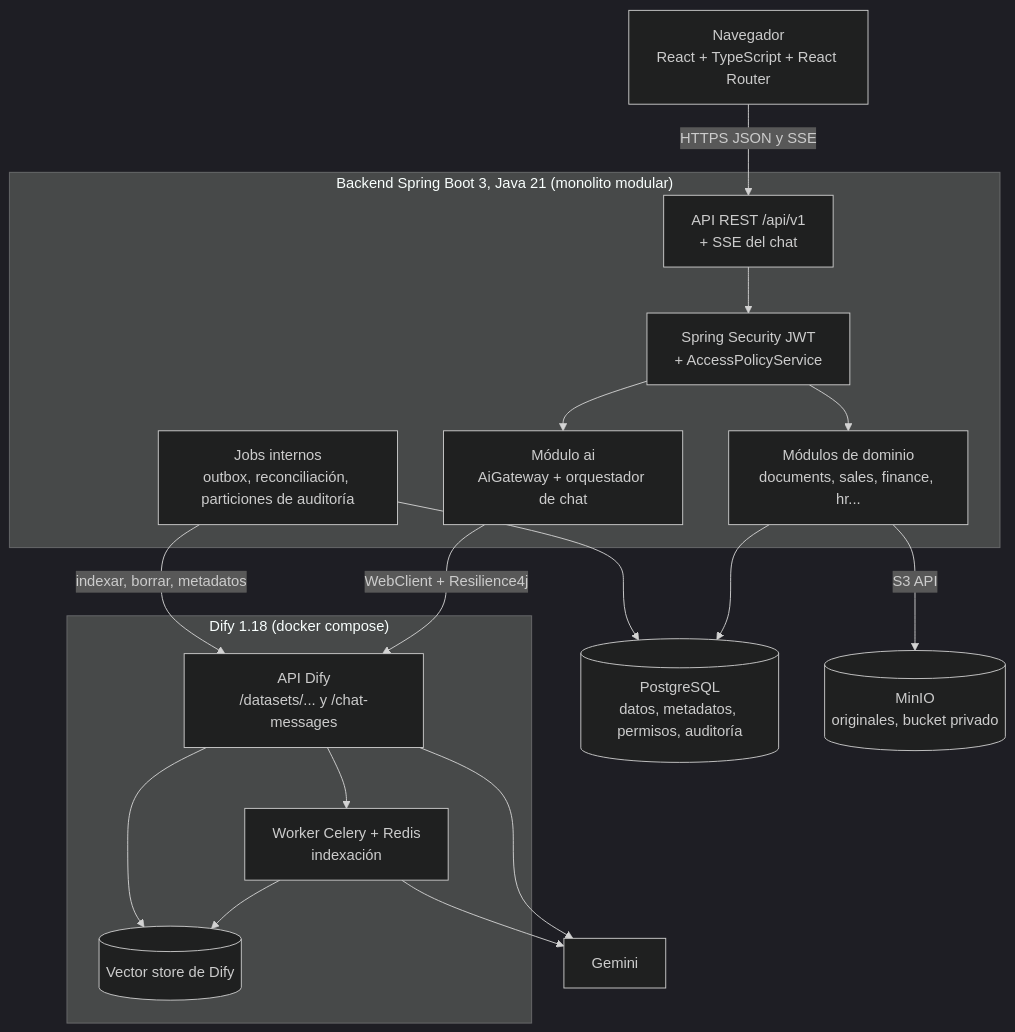
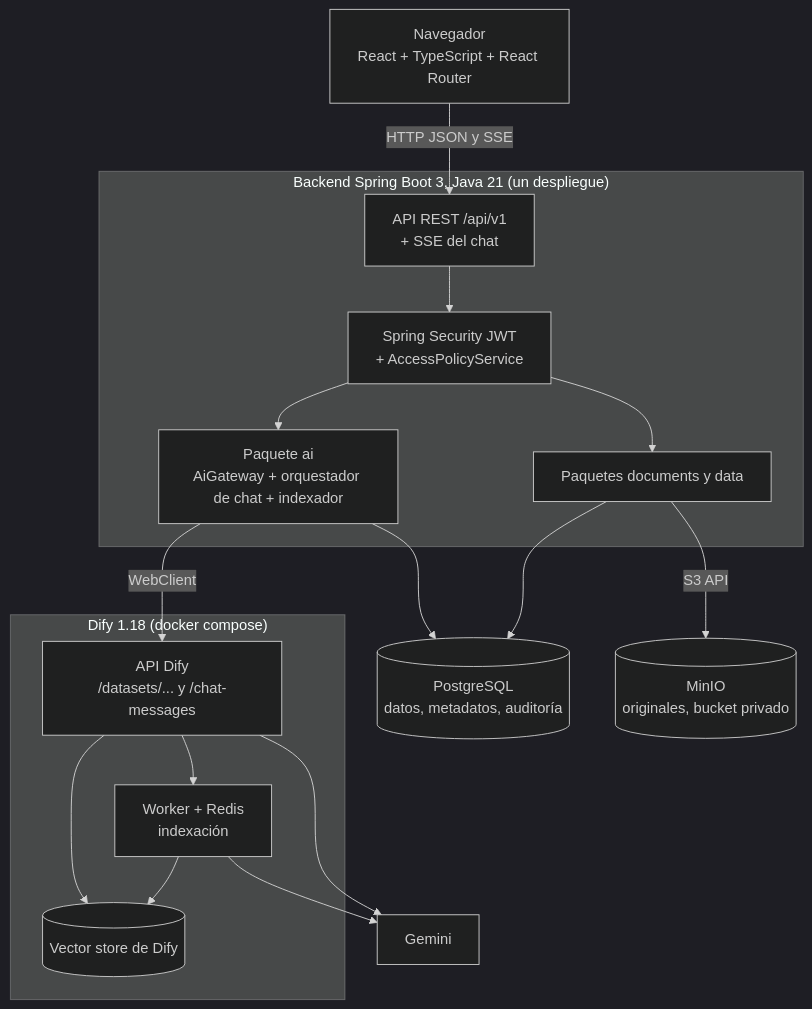
Before and after one commit to pedroamas/segur_plus: the diagram in docs/architecture/02-containers.md, drawn with Mermaid (dark theme). The commit also changed other lines of this file and 14 other files, not shown here.

````diff
--- a/docs/architecture/02-containers.md
+++ b/docs/architecture/02-containers.md
@@ -3,38 +3,36 @@
 ```mermaid
 flowchart TB
   U["Navegador<br/>React + TypeScript + React Router"]
 
-  subgraph Backend["Backend Spring Boot 3, Java 21 (monolito modular)"]
+  subgraph Backend["Backend Spring Boot 3, Java 21 (un despliegue)"]
     API["API REST /api/v1<br/>+ SSE del chat"]
     SEC["Spring Security JWT<br/>+ AccessPolicyService"]
-    MOD["Módulos de dominio<br/>documents, sales, finance, hr..."]
-    AIM["Módulo ai<br/>AiGateway + orquestador de chat"]
-    JOBS["Jobs internos<br/>outbox, reconciliación, particiones de auditoría"]
+    BIZ["Paquetes documents y data"]
+    AIM["Paquete ai<br/>AiGateway + orquestador de chat + indexador"]
   end
 
-  PG[("PostgreSQL<br/>datos, metadatos, permisos, auditoría")]
+  PG[("PostgreSQL<br/>datos, metadatos, auditoría")]
   MINIO[("MinIO<br/>originales, bucket privado")]
 
   subgraph DifyStack["Dify 1.18 (docker compose)"]
     DAPI["API Dify<br/>/datasets/... y /chat-messages"]
-    DW["Worker Celery + Redis<br/>indexación"]
+    DW["Worker + Redis<br/>indexación"]
     VDB[("Vector store de Dify")]
   end
 
   GEM["Gemini"]
 
-  U -->|"HTTPS JSON y SSE"| API
+  U -->|"HTTP JSON y SSE"| API
   API --> SEC
-  SEC --> MOD
+  SEC --> BIZ
   SEC --> AIM
-  MOD --> PG
-  MOD -->|"S3 API"| MINIO
-  AIM -->|"WebClient + Resilience4j"| DAPI
-  JOBS --> PG
-  JOBS -->|"indexar, borrar, metadatos"| DAPI
+  BIZ --> PG
+  BIZ -->|"S3 API"| MINIO
+  AIM --> PG
+  AIM -->|"WebClient"| DAPI
   DAPI --> DW
   DW --> VDB
   DAPI --> VDB
   DAPI --> GEM
   DW --> GEM
 ```
````
